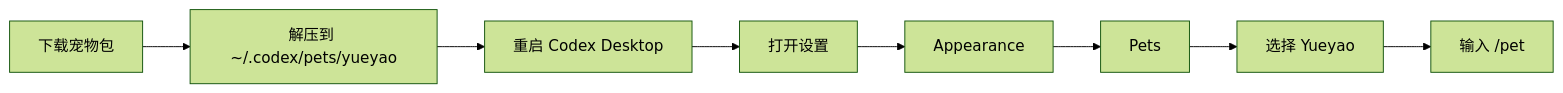
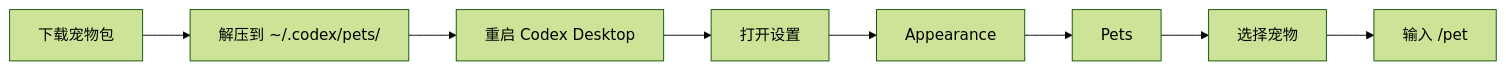
One commit to mileson/codex-pets changed the diagram in README_CN.md. Above: the diagram before and after it, drawn with Mermaid (forest theme). The commit also changed other lines of this file and 8 other files, not shown here.

````diff
--- a/README_CN.md
+++ b/README_CN.md
@@ -157,10 +69,10 @@
 ```mermaid
 flowchart LR
-  A["下载宠物包"] --> B["解压到 ~/.codex/pets/yueyao"]
+  A["下载宠物包"] --> B["解压到 ~/.codex/pets/<pet-id>"]
   B --> C["重启 Codex Desktop"]
   C --> D["打开设置"]
   D --> E["Appearance"]
   E --> F["Pets"]
-  F --> G["选择 Yueyao"]
+  F --> G["选择宠物"]
   G --> H["输入 /pet"]
 ```
````
